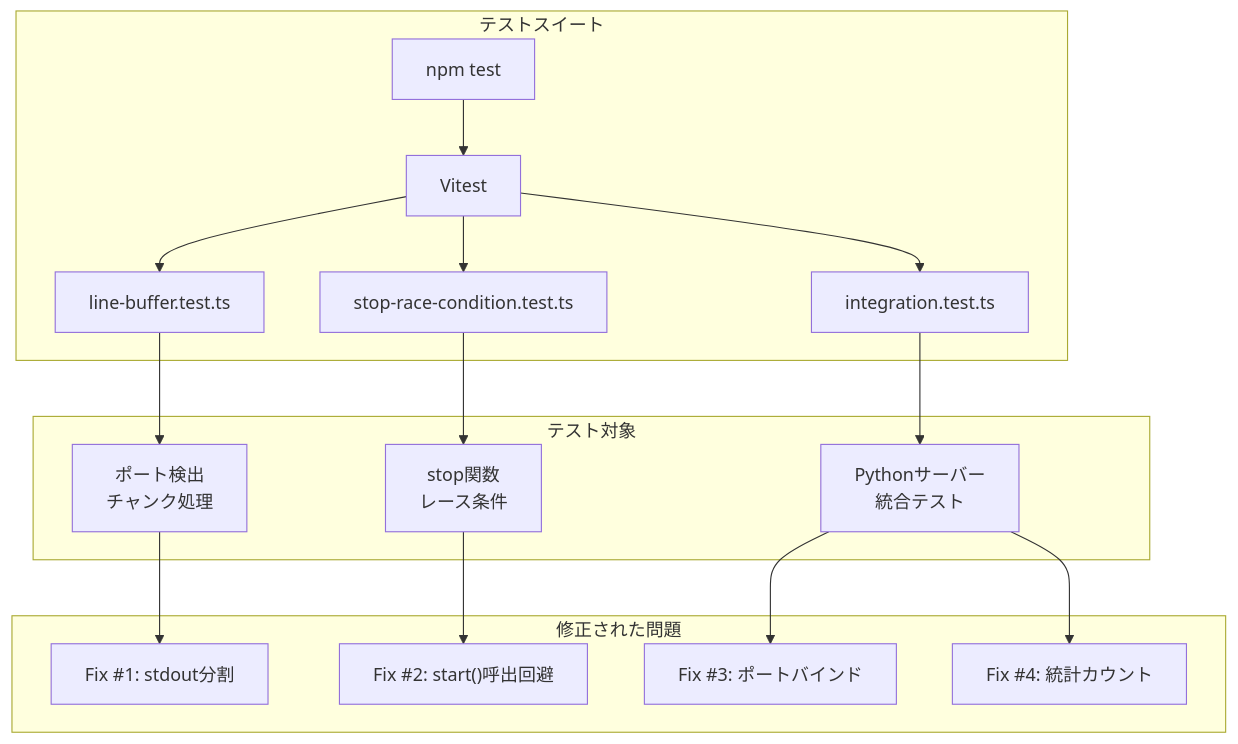
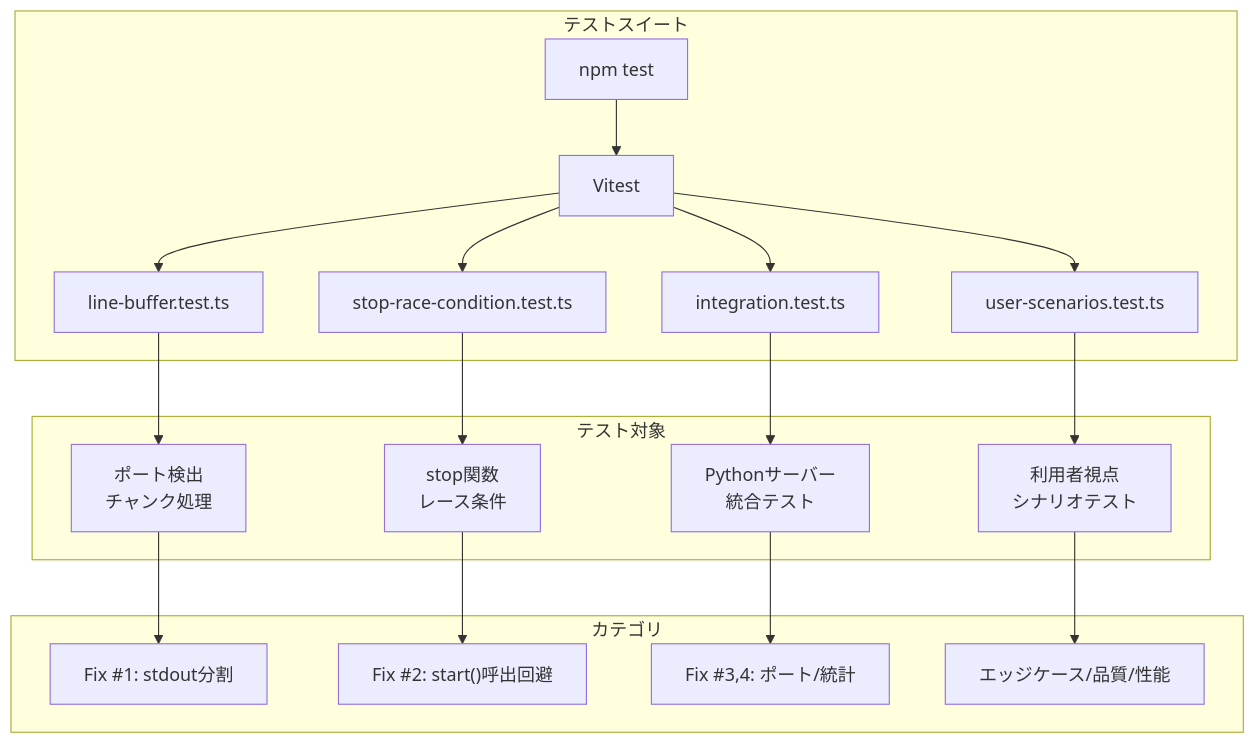
One commit to shuji-bonji/xcomet-mcp-server changed the first of 10 diagrams in tests/README.md. Above: the diagram before and after it, drawn with Mermaid. The commit also changed other lines of this file and 1 other file, not shown here.

First line of the commit message:
feat: v0.3.3 - 利用者視点のテストケースを作成   作成したテスト (user-scenarios.test.ts)

````diff
--- a/tests/README.md
+++ b/tests/README.md
@@ -7,22 +7,24 @@
 ```mermaid
 graph TD
     subgraph "テストスイート"
         A[npm test] --> B[Vitest]
         B --> C[line-buffer.test.ts]
         B --> D[stop-race-condition.test.ts]
         B --> E[integration.test.ts]
+        B --> F[user-scenarios.test.ts]
     end
 
     subgraph "テスト対象"
-        C --> F[ポート検出<br/>チャンク処理]
-        D --> G[stop関数<br/>レース条件]
-        E --> H[Pythonサーバー<br/>統合テスト]
+        C --> G[ポート検出<br/>チャンク処理]
+        D --> H[stop関数<br/>レース条件]
+        E --> I[Pythonサーバー<br/>統合テスト]
+        F --> J[利用者視点<br/>シナリオテスト]
     end
 
-    subgraph "修正された問題"
-        F --> I["Fix #1: stdout分割"]
-        G --> J["Fix #2: start()呼出回避"]
-        H --> K["Fix #3: ポートバインド"]
-        H --> L["Fix #4: 統計カウント"]
+    subgraph "カテゴリ"
+        G --> K["Fix #1: stdout分割"]
+        H --> L["Fix #2: start()呼出回避"]
+        I --> M["Fix #3,4: ポート/統計"]
+        J --> N["エッジケース/品質/性能"]
     end
 ```
````
